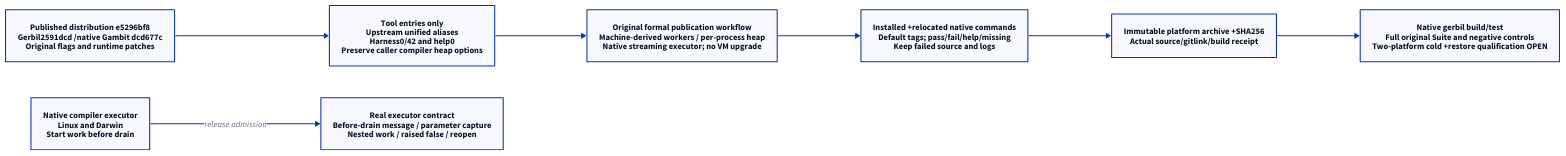
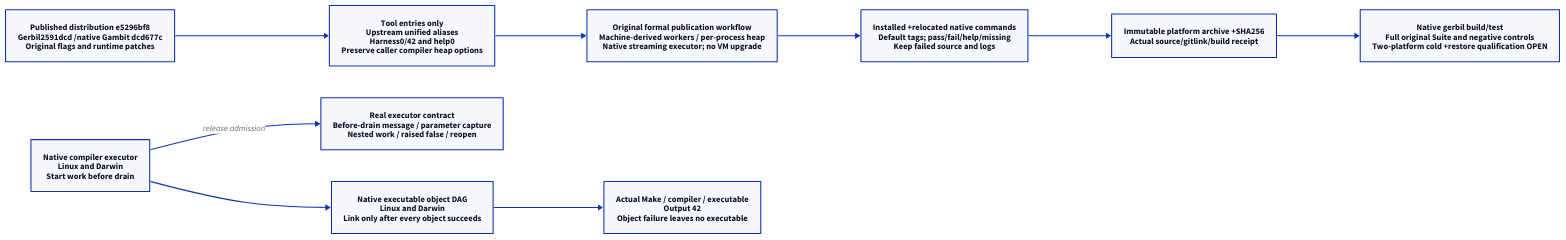
One commit to tao3k/gerbil-bazel changed the diagram in docs/rfc/0010-native-tool-entry.d2. Above: the diagram before and after it, drawn with D2. The commit also changed 6 other files, not shown here.

Commit message:
Use the native executable object DAG on Linux with real link controls

```diff
--- a/docs/rfc/0010-native-tool-entry.d2
+++ b/docs/rfc/0010-native-tool-entry.d2
@@ -1,12 +1,16 @@
 direction: right
 baseline: "Published distribution e5296bf8\nGerbil2591dcd /native Gambit dcd677c\nOriginal flags and runtime patches"
 fix: "Tool entries only\nUpstream unified aliases\nHarness0/42 and help0\nPreserve caller compiler heap options"
 build: "Original formal publication workflow\nMachine-derived workers / per-process heap\nNative streaming executor; no VM upgrade"
 controls: "Installed +relocated native commands\nDefault tags; pass/fail/help/missing\nKeep failed source and logs"
 release: "Immutable platform archive +SHA256\nActual source/gitlink/build receipt"
 parser: "Native gerbil build/test\nFull original Suite and negative controls\nTwo-platform cold +restore qualification OPEN"
 baseline -> fix -> build -> controls -> release -> parser
 
 streaming: "Native compiler executor\nLinux and Darwin\nStart work before drain"
 streaming_probe: "Real executor contract\nBefore-drain message / parameter capture\nNested work / raised false / reopen"
 streaming -> streaming_probe: "release admission"
+
+object_dag: "Native executable object DAG\nLinux and Darwin\nLink only after every object succeeds"
+object_test: "Actual Make / compiler / executable\nOutput 42\nObject failure leaves no executable"
+streaming -> object_dag -> object_test
```
